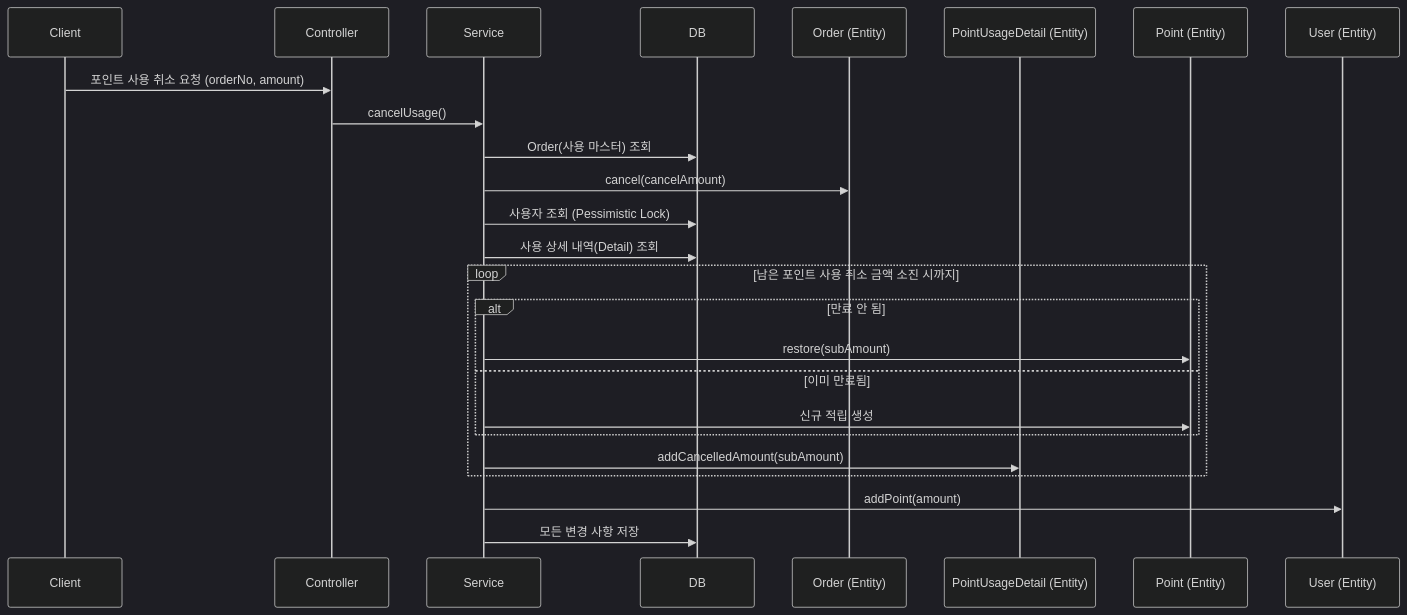
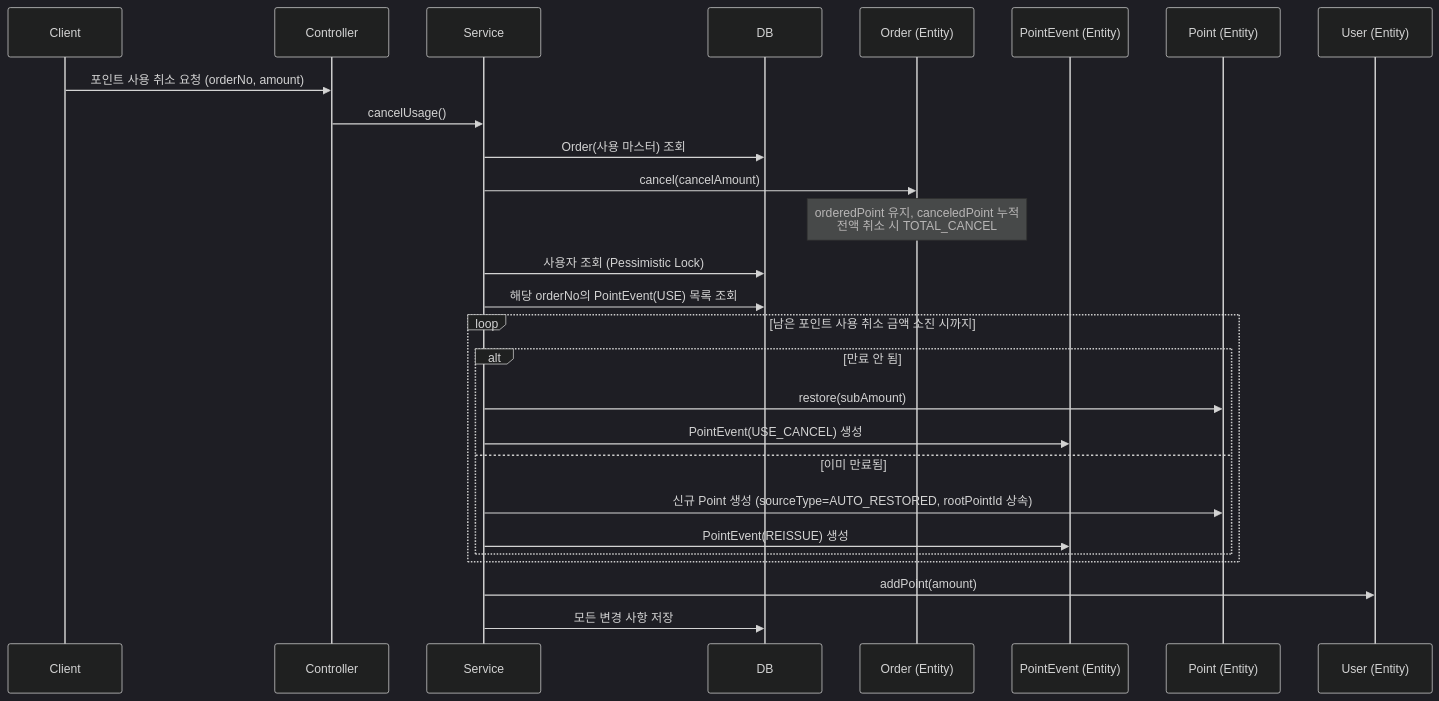
The fourth of 4 diagrams in README.md (muzzaiwork/point), drawn with Mermaid (dark theme) before and after one commit. The commit also changed other lines of this file, not shown here.

Commit message:
README.md 포인트 적립 로직 변경 사항 반영 (pointSourceType, PointEvent, rootPointId)

````diff
--- a/README.md
+++ b/README.md
@@ -321,28 +324,30 @@
 ```mermaid
 sequenceDiagram
     participant Client
     participant Controller
     participant Service
     participant DB
     participant OrderEntity as Order (Entity)
-    participant DetailEntity as PointUsageDetail (Entity)
+    participant EventEntity as PointEvent (Entity)
     participant PointEntity as Point (Entity)
     participant UserEntity as User (Entity)
 
     Client->>Controller: 포인트 사용 취소 요청 (orderNo, amount)
     Controller->>Service: cancelUsage()
     Service->>DB: Order(사용 마스터) 조회
     Service->>OrderEntity: cancel(cancelAmount)
+    Note over OrderEntity: orderedPoint 유지, canceledPoint 누적<br/>전액 취소 시 TOTAL_CANCEL
     Service->>DB: 사용자 조회 (Pessimistic Lock)
-    Service->>DB: 사용 상세 내역(Detail) 조회
+    Service->>DB: 해당 orderNo의 PointEvent(USE) 목록 조회
     loop 남은 포인트 사용 취소 금액 소진 시까지
         alt 만료 안 됨
             Service->>PointEntity: restore(subAmount)
+            Service->>EventEntity: PointEvent(USE_CANCEL) 생성
         else 이미 만료됨
-            Service->>PointEntity: 신규 적립 생성
+            Service->>PointEntity: 신규 Point 생성 (sourceType=AUTO_RESTORED, rootPointId 상속)
+            Service->>EventEntity: PointEvent(REISSUE) 생성
         end
-        Service->>DetailEntity: addCancelledAmount(subAmount)
     end
     Service->>UserEntity: addPoint(amount)
     Service->>DB: 모든 변경 사항 저장
 ```
````
